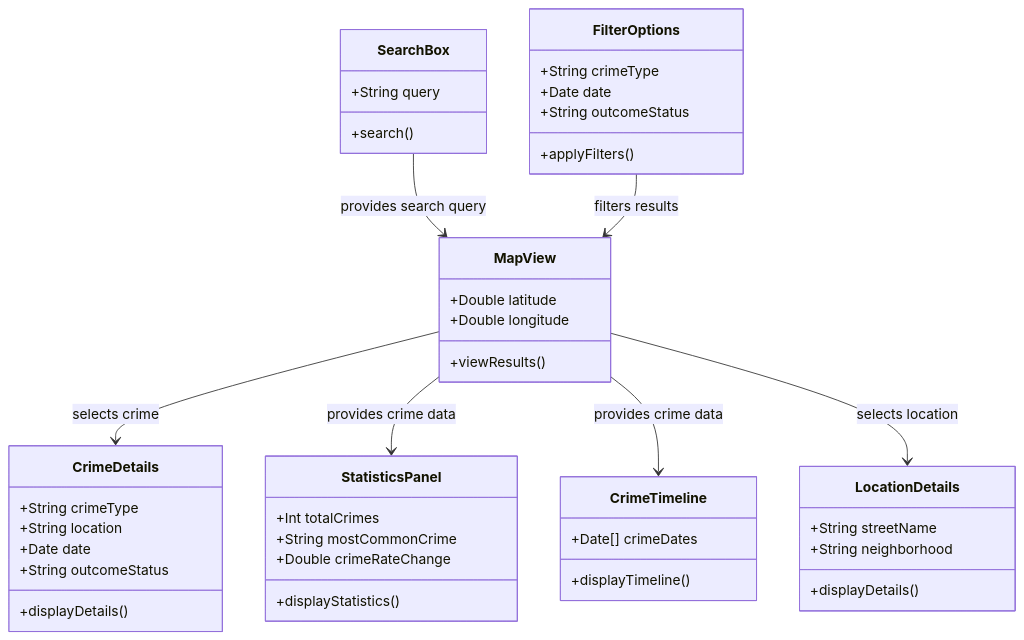
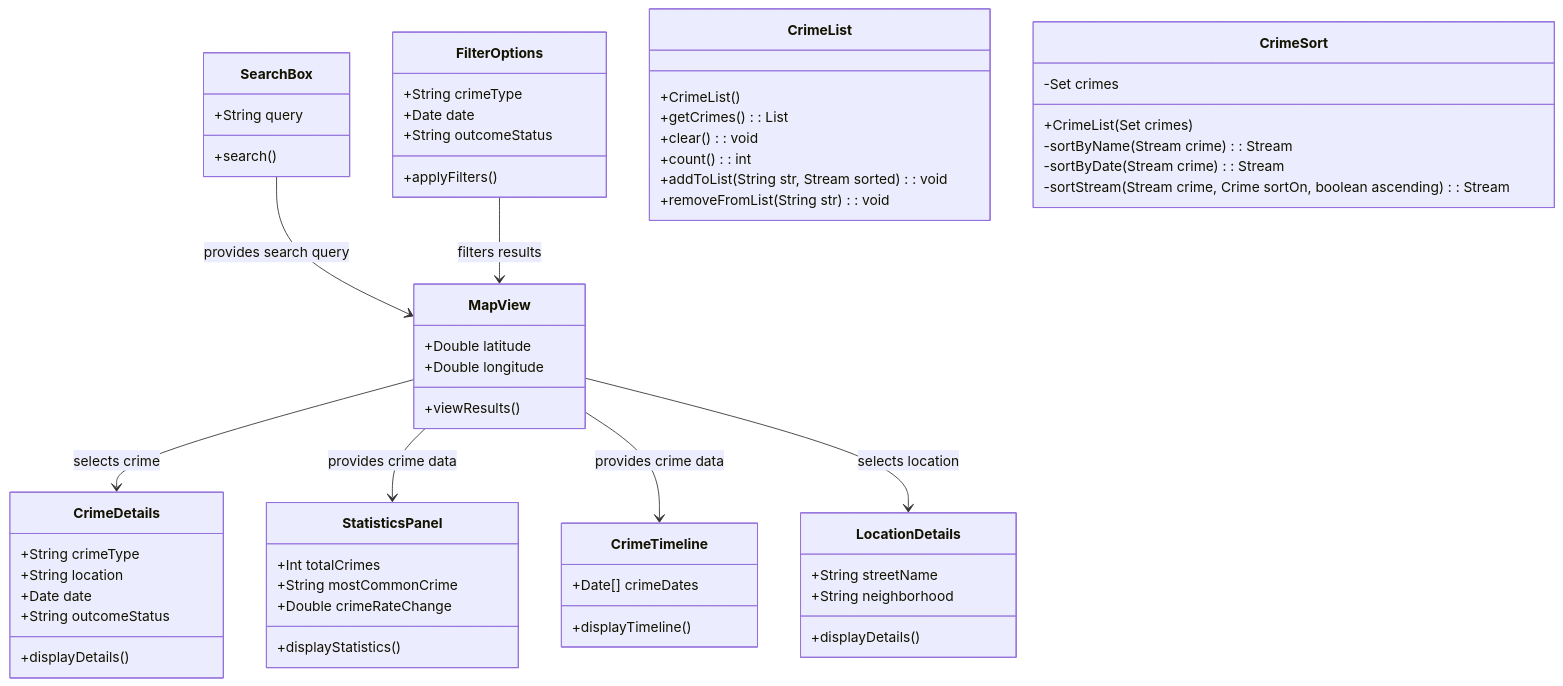
The diagram in DesignDocuments/README.md (wbeeker/UK-Crime-Data), drawn with Mermaid before and after one commit.

Commit message:
update UML

````diff
--- a/DesignDocuments/README.md
+++ b/DesignDocuments/README.md
@@ -5,47 +5,64 @@
 ```mermaid
 classDiagram
     class SearchBox {
         +String query
         +search()
     }
     class MapView {
         +Double latitude
         +Double longitude
         +viewResults()
     }
     class CrimeDetails {
         +String crimeType
         +String location
         +Date date
         +String outcomeStatus
         +displayDetails()
     }
     class FilterOptions {
         +String crimeType
         +Date date
         +String outcomeStatus
         +applyFilters()
     }
     class StatisticsPanel {
         +Int totalCrimes
         +String mostCommonCrime
         +Double crimeRateChange
         +displayStatistics()
     }
     class CrimeTimeline {
         +Date[] crimeDates
         +displayTimeline()
     }
     class LocationDetails {
         +String streetName
         +String neighborhood
         +displayDetails()
     }
+
+    class CrimeList {
+        +CrimeList()
+        +getCrimes() : List<String>
+        +clear() : void
+        +count() : int
+        +addToList(String str, Stream<List> sorted) : void
+        +removeFromList(String str) : void
+    }
+
+class CrimeSort {
+        -Set<Crime> crimes
+        +CrimeList(Set<Crime> crimes)
+        -sortByName(Stream<Crime> crime) : Stream<Crime>
+        -sortByDate(Stream<Crime> crime) : Stream<BoardGame>
+        -sortStream(Stream<Crime> crime, Crime sortOn, boolean ascending) : Stream<Crime>
+    }
     SearchBox --> MapView : provides search query
     MapView --> CrimeDetails : selects crime
     FilterOptions --> MapView : filters results
     MapView --> StatisticsPanel : provides crime data
     MapView --> CrimeTimeline : provides crime data
     MapView --> LocationDetails : selects location
 
 ```
````
